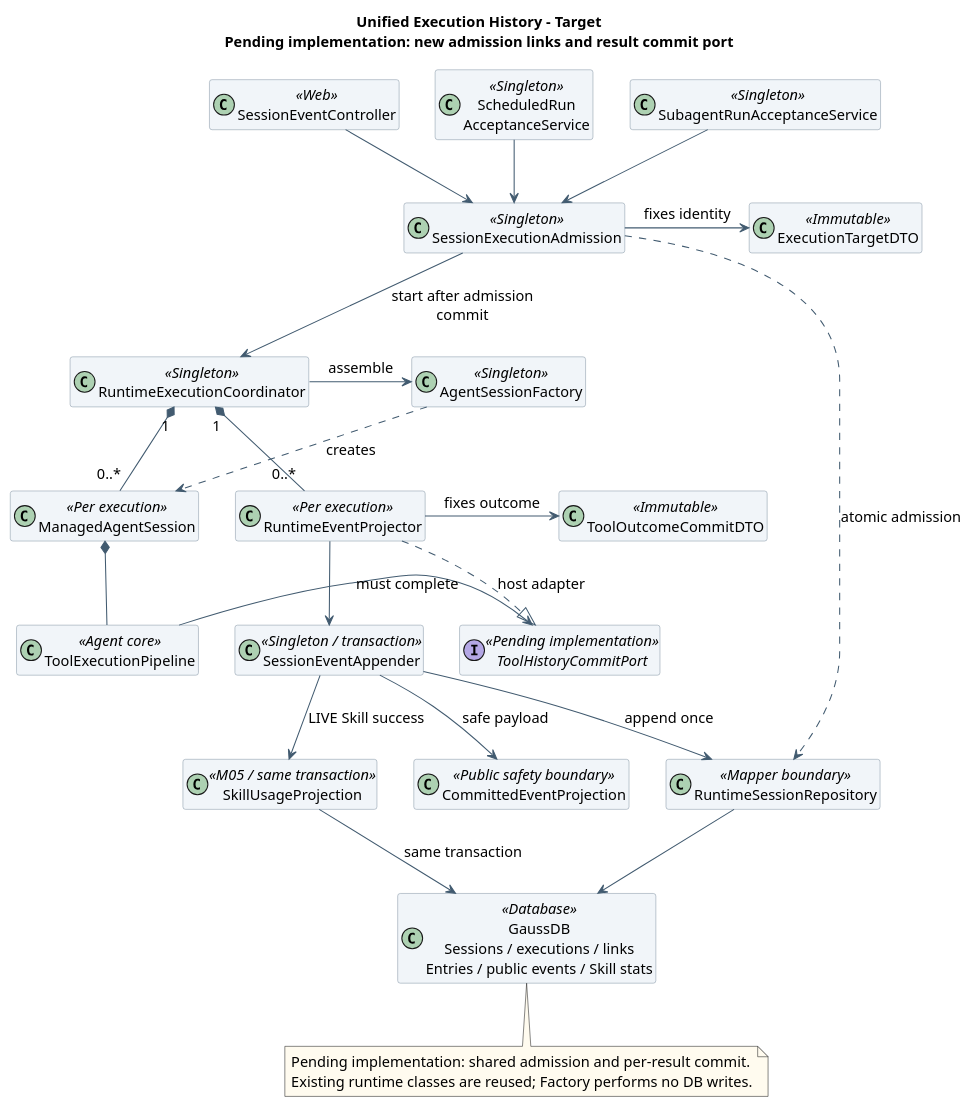
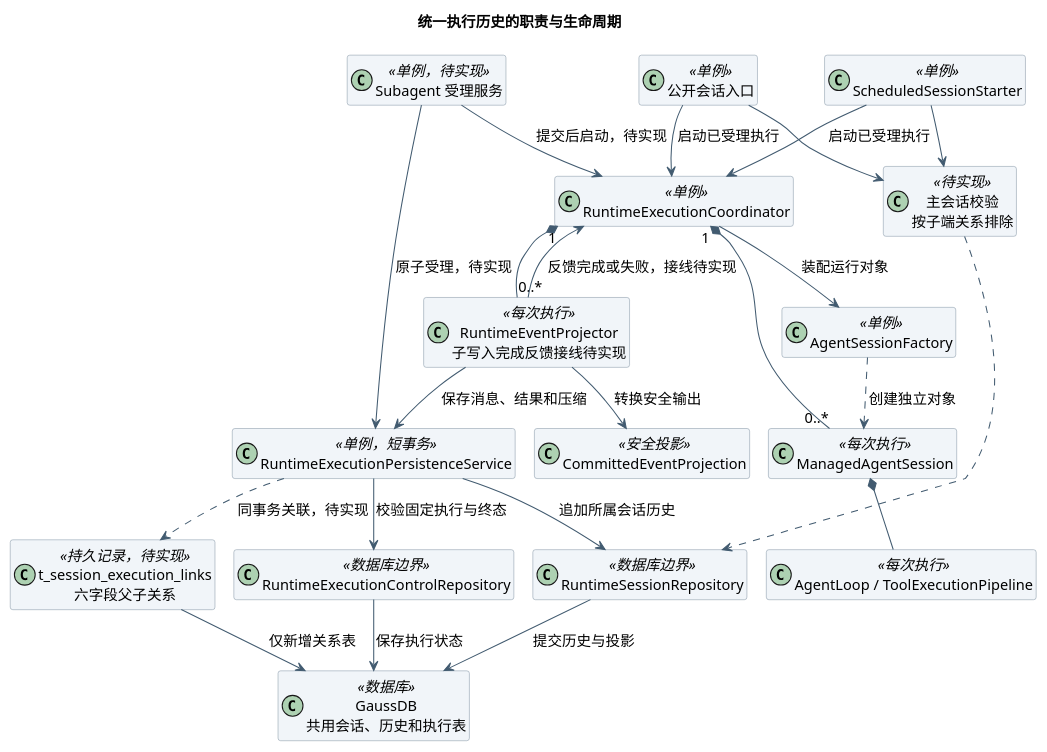
One commit to ssm0808/pi-mono-java-design changed the first of 3 diagrams in 01-总体架构/01-CampusClaw多Agent运行时/设计图/统一事件持久化/diagram.puml. Above: the diagram before and after it, drawn with PlantUML. The commit also changed other lines of this file and 17 other files, not shown here.

```diff
--- a/01-总体架构/01-CampusClaw多Agent运行时/设计图/统一事件持久化/diagram.puml
+++ b/01-总体架构/01-CampusClaw多Agent运行时/设计图/统一事件持久化/diagram.puml
@@ -1,69 +1,59 @@
 @startuml unified_execution_history_classes
-' Source evidence: Java main 769e86592285f4a25b0febaf551eddea6bc7212c
+!pragma layout smetana
+' 源码基线：个人 main bc031ed8aa82dac700421163a4cce25d9f023e6b，2026-10-24。
 ' modules/coding-agent-cli/src/main/java/com/campusclaw/codingagent/
 ' runtimeapi/event/RuntimeExecutionCoordinator.java:start
-' runtimeapi/event/RuntimeEventProjector.java:project,persistToolResults
-' session/AgentSessionFactory.java:create
+' runtimeapi/persistence/MyBatisRuntimeSessionRepository.java:appendEntryLocked,appendEntryWithUsageLocked
+' runtimeapi/persistence/MyBatisRuntimeExecutionControlRepository.java:register,lock
 ' tool/agent/SubagentExecutionService.java:runChild
-' modules/agent-core/src/main/java/com/campusclaw/agent/tool/ToolExecutionPipeline.java:execute
-' Observed behavior: Runtime persists; direct Subagent/Cron factory calls do not share its appender.
-' Design reason: one durable host lifecycle and per-result commit; no statistics delivery pipeline.
+' 已观察行为：主会话与 Cron 已持久化，Subagent 仍直接创建内存执行。
+' 设计原因：复用既有会话表，仅新增父子关系；通用工具去重和统计不作为前置。
 skinparam backgroundColor white
 skinparam defaultFontName SansSerif
 skinparam defaultFontSize 14
 skinparam shadowing false
 skinparam classAttributeIconSize 0
 skinparam ArrowColor #425B70
 skinparam classBackgroundColor #F1F5F9
 skinparam classBorderColor #8496A4
-skinparam sequenceParticipantBackgroundColor #F1F5F9
-skinparam sequenceParticipantBorderColor #8496A4
-skinparam sequenceMessageAlign left
-skinparam maxMessageSize 175
-skinparam noteBackgroundColor #FFFBEF
 hide empty members
-title Unified Execution History - Target\nPending implementation: new admission links and result commit port
+title 统一执行历史的职责与生命周期
 together {
-  class "SessionEventController" as Web <<Web>>
-  class "ScheduledRun\nAcceptanceService" as Cron <<Singleton>>
-  class "SubagentRunAcceptanceService" as Subagent <<Singleton>>
+  class "公开会话入口" as Web <<单例>>
+  class "ScheduledSessionStarter" as Cron <<单例>>
+  class "Subagent 受理服务" as Subagent <<单例，待实现>>
 }
-class "SessionExecutionAdmission" as Admission <<Singleton>>
-class "RuntimeExecutionCoordinator" as Coordinator <<Singleton>>
-class "AgentSessionFactory" as Factory <<Singleton>>
-class "ExecutionTargetDTO" as Target <<Immutable>>
-class "ManagedAgentSession" as Session <<Per execution>>
-class "RuntimeEventProjector" as Projector <<Per execution>>
-class "ToolOutcomeCommitDTO" as Result <<Immutable>>
-class "ToolExecutionPipeline" as Pipeline <<Agent core>>
-interface "ToolHistoryCommitPort" as Port <<Pending implementation>>
-class "SessionEventAppender" as Appender <<Singleton / transaction>>
-class "RuntimeSessionRepository" as Repo <<Mapper boundary>>
-class "SkillUsageProjection" as Stats <<M05 / same transaction>>
-class "CommittedEventProjection" as Public <<Public safety boundary>>
-class "GaussDB\nSessions / executions / links\nEntries / public events / Skill stats" as DB <<Database>>
-Web --> Admission
-Cron --> Admission
-Subagent --> Admission
-Admission --> Coordinator : start after admission commit
-Admission -right-> Target : fixes identity
-Admission ..> Repo : atomic admission
-Coordinator -right-> Factory : assemble
+class "主会话校验\n按子端关系排除" as Visibility <<待实现>>
+class "RuntimeExecutionCoordinator" as Coordinator <<单例>>
+class "AgentSessionFactory" as Factory <<单例>>
+class "ManagedAgentSession" as Session <<每次执行>>
+class "AgentLoop / ToolExecutionPipeline" as Loop <<每次执行>>
+class "RuntimeEventProjector\n子写入完成反馈接线待实现" as Projector <<每次执行>>
+class "RuntimeExecutionPersistenceService" as Persistence <<单例，短事务>>
+class "RuntimeSessionRepository" as Repo <<数据库边界>>
+class "RuntimeExecutionControlRepository" as Control <<数据库边界>>
+class "CommittedEventProjection" as Public <<安全投影>>
+class "t_session_execution_links\n六字段父子关系" as Links <<持久记录，待实现>>
+class "GaussDB\n共用会话、历史和执行表" as DB <<数据库>>
+Web --> Visibility
+Cron --> Visibility
+Web --> Coordinator : 启动已受理执行
+Cron --> Coordinator : 启动已受理执行
+Subagent --> Coordinator : 提交后启动，待实现
+Subagent --> Persistence : 原子受理，待实现
+Visibility ..> Repo
+Coordinator --> Factory : 装配运行对象
 Coordinator "1" *-- "0..*" Session
 Coordinator "1" *-- "0..*" Projector
-Factory ..> Session : creates
-Session *-- Pipeline
-Pipeline -right-> Port : must complete
-Projector ..|> Port : host adapter
-Projector -right-> Result : fixes outcome
-Projector --> Appender
-Appender --> Repo : append once
-Appender --> Stats : LIVE Skill success
-Appender --> Public : safe payload
-Repo --> DB
-Stats --> DB : same transaction
-note bottom of DB
-  Pending implementation: shared admission and per-result commit.
-  Existing runtime classes are reused; Factory performs no DB writes.
-end note
+Factory ..> Session : 创建独立对象
+Session *-- Loop
+Projector --> Persistence : 保存消息、结果和压缩
+Projector --> Coordinator : 反馈完成或失败，接线待实现
+Persistence --> Repo : 追加所属会话历史
+Persistence --> Control : 校验固定执行与终态
+Persistence ..> Links : 同事务关联，待实现
+Projector --> Public : 转换安全输出
+Repo --> DB : 提交历史与投影
+Control --> DB : 保存执行状态
+Links --> DB : 仅新增关系表
 @enduml
```
